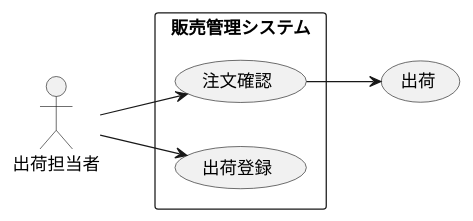
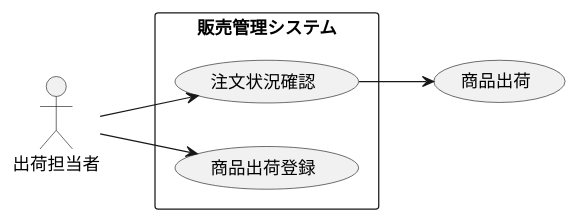
Before and after one commit to useruser0123/uml-introduction: the diagram in 演習2-5_盛岡商事_販売管理システム.pu, drawn with PlantUML.

Commit message:
演習2-5

```diff
--- a/演習2-5_盛岡商事_販売管理システム.pu
+++ b/演習2-5_盛岡商事_販売管理システム.pu
@@ -1,12 +1,12 @@
 @startuml 販売管理システム
 left to right direction
 actor 出荷担当者
-usecase 出荷
+usecase 商品出荷
 rectangle "販売管理システム" as system {
-usecase 注文確認
-usecase 出荷登録
+usecase 注文状況確認
+usecase 商品出荷登録
 }
-出荷担当者 --> 注文確認 
-注文確認 --> 出荷
-出荷担当者 --> 出荷登録
+出荷担当者 --> 注文状況確認
+注文状況確認 --> 商品出荷
+出荷担当者 --> 商品出荷登録
 @enduml
```
